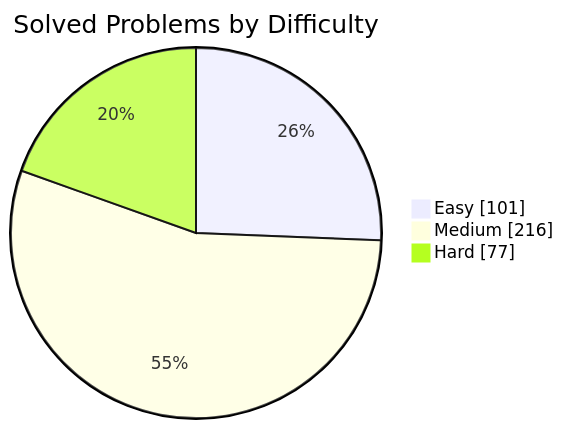
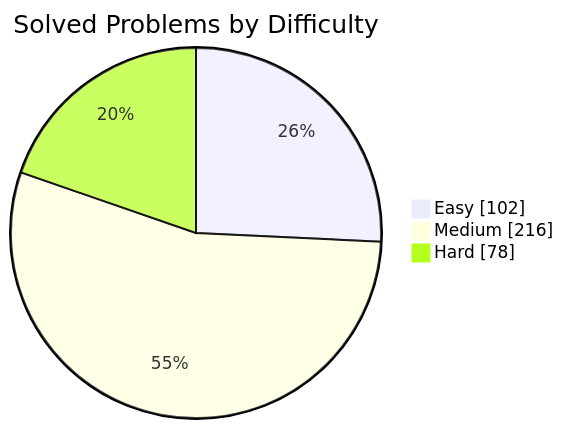
The first of 2 diagrams in README.md (manikantbindass/DSA-Preparation-FAANG), drawn with Mermaid before and after one commit. The commit also changed other lines of this file and 1 other file, not shown here.

````diff
--- a/README.md
+++ b/README.md
@@ -77,7 +77,7 @@
 ```mermaid
 pie showData
     title Solved Problems by Difficulty
-    "Easy" : 101
+    "Easy" : 102
     "Medium" : 216
-    "Hard" : 77
+    "Hard" : 78
 ```
````
